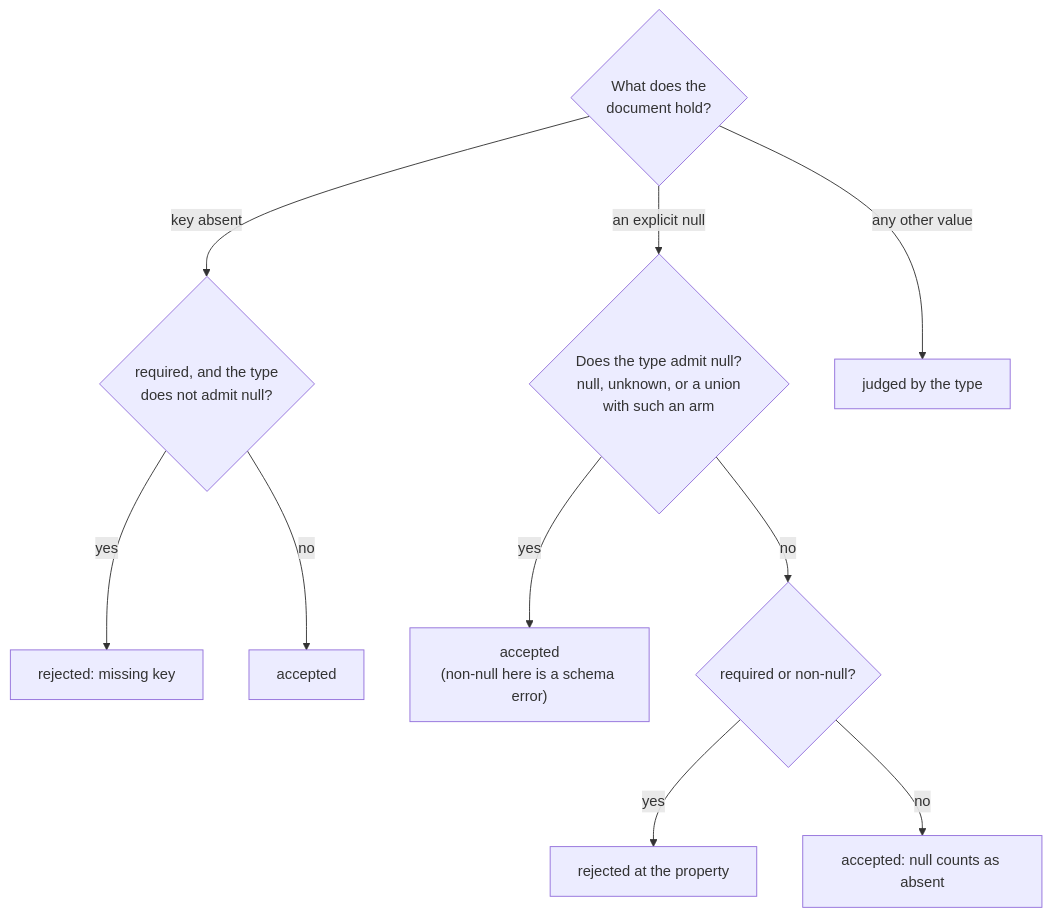
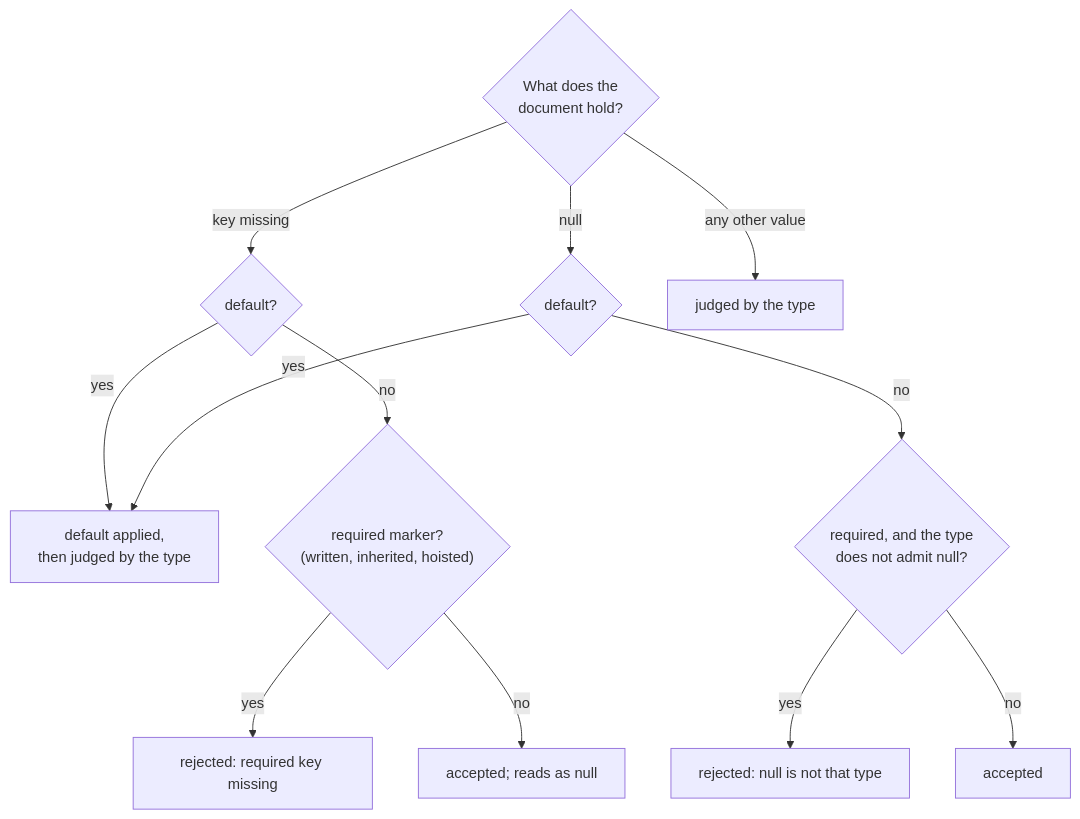
Before and after one commit to yankeeinlondon/rusty-biscuit: the diagram in simplified-schema/docs/topics/language/types.md, drawn with Mermaid. The commit also changed other lines of this file and 59 other files, not shown here.

````diff
--- a/simplified-schema/docs/topics/language/types.md
+++ b/simplified-schema/docs/topics/language/types.md
@@ -494,12 +442,14 @@
 ```mermaid
 flowchart TD
-    V{"What does the<br/>document hold?"} -->|"key absent"| A{"required, and the type<br/>does not admit null?"}
-    A -->|yes| AR["rejected: missing key"]
-    A -->|no| AOK["accepted"]
-    V -->|"an explicit null"| N{"Does the type admit null?<br/>null, unknown, or a union<br/>with such an arm"}
-    N -->|yes| NOK["accepted<br/>(non-null here is a schema error)"]
-    N -->|no| M{"required or non-null?"}
-    M -->|yes| NR["rejected at the property"]
-    M -->|no| NA["accepted: null counts as absent"]
+    V{"What does the<br/>document hold?"} -->|"key missing"| D{"default?"}
+    V -->|"null"| D2{"default?"}
     V -->|"any other value"| T["judged by the type"]
+    D -->|yes| F["default applied,<br/>then judged by the type"]
+    D -->|no| R{"required marker?<br/>(written, inherited, hoisted)"}
+    R -->|yes| RE["rejected: required key missing"]
+    R -->|no| OK["accepted; reads as null"]
+    D2 -->|yes| F
+    D2 -->|no| N{"required, and the type<br/>does not admit null?"}
+    N -->|yes| NE["rejected: null is not that type"]
+    N -->|no| OK2["accepted"]
 ```
````
